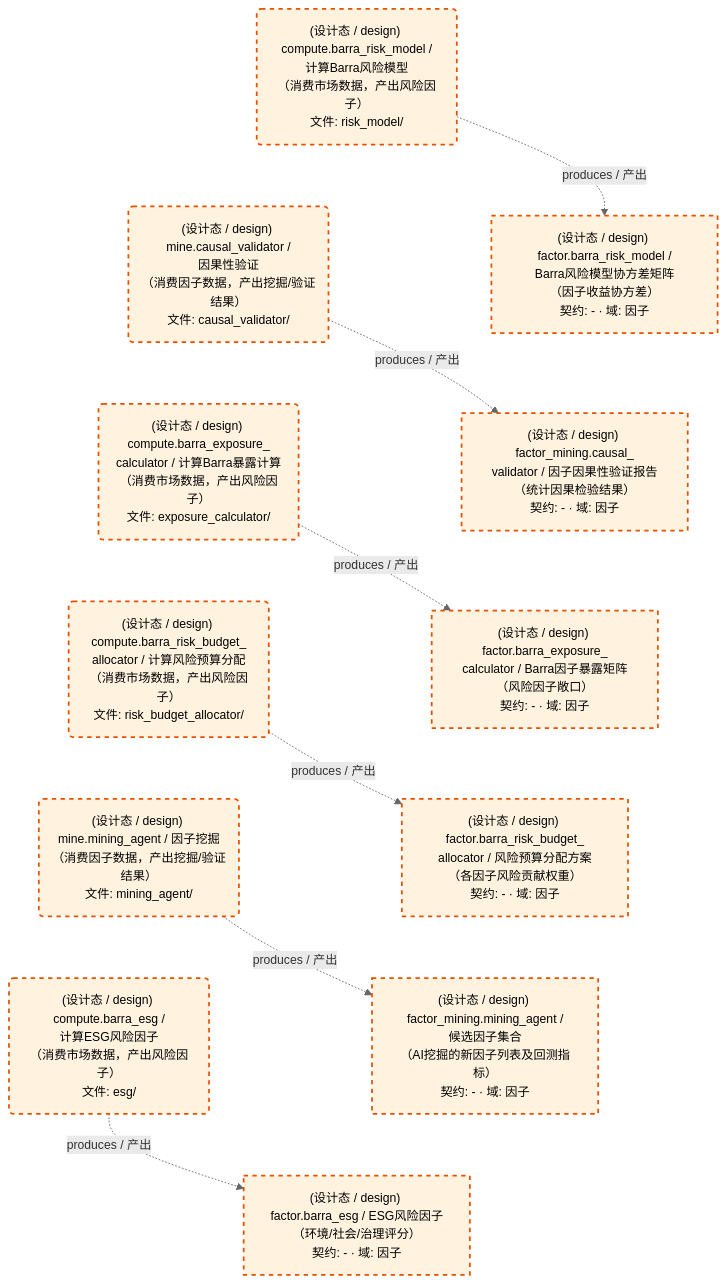
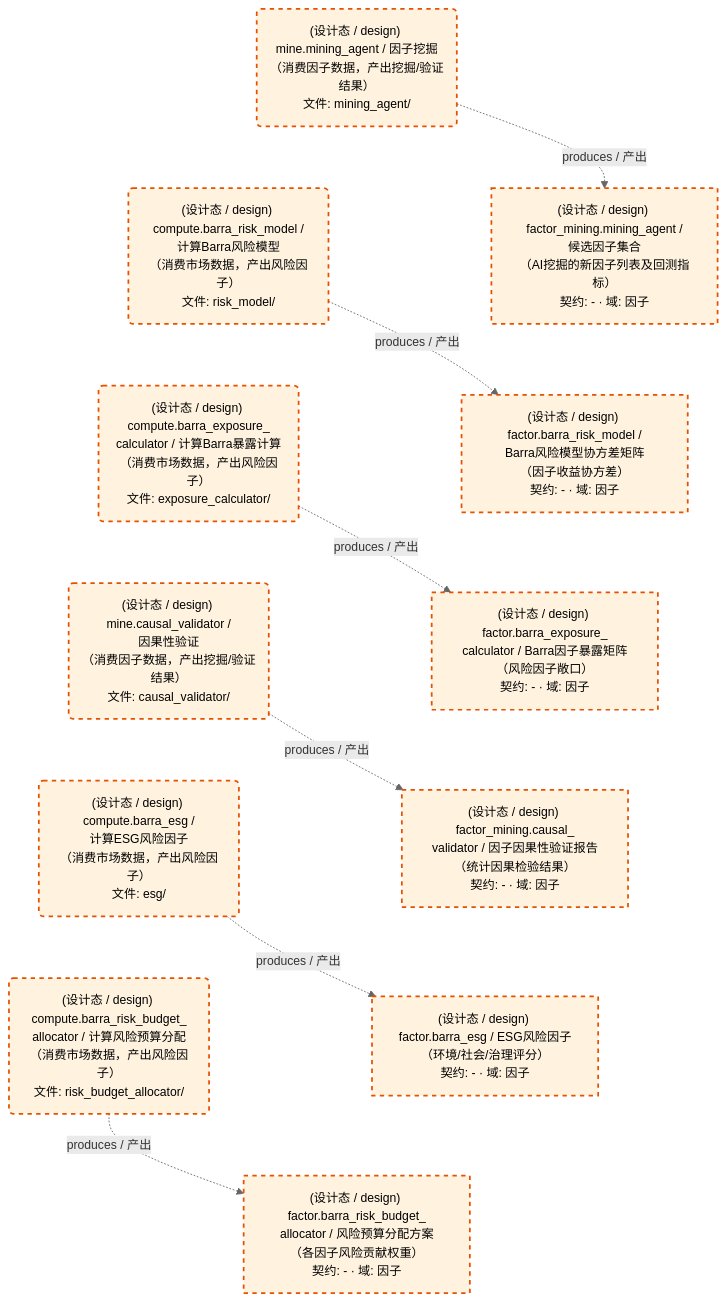
Before and after one commit to xuanFelixVan/ZephyrAlpha: the second of 2 diagrams in docs/02_enterprise_architecture/05_dataflow_architecture/d_factor_barra_mine.md, drawn with Mermaid. The commit also changed other lines of this file and 190 other files, not shown here.

````diff
--- a/docs/02_enterprise_architecture/05_dataflow_architecture/d_factor_barra_mine.md
+++ b/docs/02_enterprise_architecture/05_dataflow_architecture/d_factor_barra_mine.md
@@ -95,37 +95,37 @@
 ```mermaid
 %%{init: {'theme': 'base', 'themeVariables': {'primaryColor': '#eaeaea', 'primaryTextColor': '#333333', 'primaryBorderColor': '#666666', 'lineColor': '#666666', 'secondaryColor': '#eaeaea', 'tertiaryColor': '#eaeaea', 'clusterBkg': 'transparent', 'clusterBorder': 'transparent', 'fontSize': '14px'}}}%%
 flowchart TD
     DS11239["(设计态 / design) factor.barra_esg / ESG风险因子<br/>（环境/社会/治理评分）<br/>契约: - · 域: 因子"]
     DS11240["(设计态 / design) factor.barra_exposure_<br/>calculator / Barra因子暴露矩阵<br/>（风险因子敞口）<br/>契约: - · 域: 因子"]
     DS11241["(设计态 / design) factor.barra_risk_budget_<br/>allocator / 风险预算分配方案<br/>（各因子风险贡献权重）<br/>契约: - · 域: 因子"]
     DS11242["(设计态 / design) factor.barra_risk_model /<br/>Barra风险模型协方差矩阵<br/>（因子收益协方差）<br/>契约: - · 域: 因子"]
     DS11243["(设计态 / design) factor_mining.causal_<br/>validator / 因子因果性验证报告<br/>（统计因果检验结果）<br/>契约: - · 域: 因子"]
     DS11244["(设计态 / design) factor_mining.mining_agent /<br/>候选因子集合<br/>（AI挖掘的新因子列表及回测指标）<br/>契约: - · 域: 因子"]
     JOB757603("(设计态 / design) compute.barra_esg /<br/>计算ESG风险因子<br/>（消费市场数据，产出风险因子）<br/>文件: esg/")
     JOB757604("(设计态 / design) compute.barra_exposure_<br/>calculator / 计算Barra暴露计算<br/>（消费市场数据，产出风险因子）<br/>文件: exposure_calculator/")
     JOB757605("(设计态 / design) compute.barra_risk_budget_<br/>allocator / 计算风险预算分配<br/>（消费市场数据，产出风险因子）<br/>文件: risk_budget_allocator/")
     JOB757606("(设计态 / design) compute.barra_risk_model /<br/>计算Barra风险模型<br/>（消费市场数据，产出风险因子）<br/>文件: risk_model/")
     JOB757607("(设计态 / design) mine.causal_validator /<br/>因果性验证<br/>（消费因子数据，产出挖掘/验证结果）<br/>文件: causal_validator/")
     JOB757608("(设计态 / design) mine.mining_agent / 因子挖掘<br/>（消费因子数据，产出挖掘/验证结果）<br/>文件: mining_agent/")
     JOB757603 -.->|produces / 产出| DS11239
     JOB757604 -.->|produces / 产出| DS11240
     JOB757605 -.->|produces / 产出| DS11241
     JOB757606 -.->|produces / 产出| DS11242
     JOB757607 -.->|produces / 产出| DS11243
     JOB757608 -.->|produces / 产出| DS11244
-    JOB757606 ~~~ JOB757607
-    JOB757607 ~~~ JOB757604
-    JOB757604 ~~~ JOB757605
-    JOB757605 ~~~ JOB757608
-    JOB757608 ~~~ JOB757603
-    DS11242 ~~~ DS11243
-    DS11243 ~~~ DS11240
-    DS11240 ~~~ DS11241
-    DS11241 ~~~ DS11244
-    DS11244 ~~~ DS11239
+    JOB757608 ~~~ JOB757606
+    JOB757606 ~~~ JOB757604
+    JOB757604 ~~~ JOB757607
+    JOB757607 ~~~ JOB757603
+    JOB757603 ~~~ JOB757605
+    DS11244 ~~~ DS11242
+    DS11242 ~~~ DS11240
+    DS11240 ~~~ DS11243
+    DS11243 ~~~ DS11239
+    DS11239 ~~~ DS11241
     classDef production fill:#e1f5fe,stroke:#01579b,stroke-width:2px,color:#000
     classDef design fill:#fff3e0,stroke:#e65100,stroke-width:2px,color:#000,stroke-dasharray: 5 5
     classDef external_prod fill:#e8f4fd,stroke:#0277bd,stroke-width:1px,color:#000
     classDef external_design fill:#fff8e7,stroke:#ef6c00,stroke-width:1px,color:#000,stroke-dasharray: 5 5
     class DS11239,DS11240,DS11241,DS11242,DS11243,DS11244,JOB757603,JOB757604,JOB757605,JOB757606,JOB757607,JOB757608 design
 ```
````
